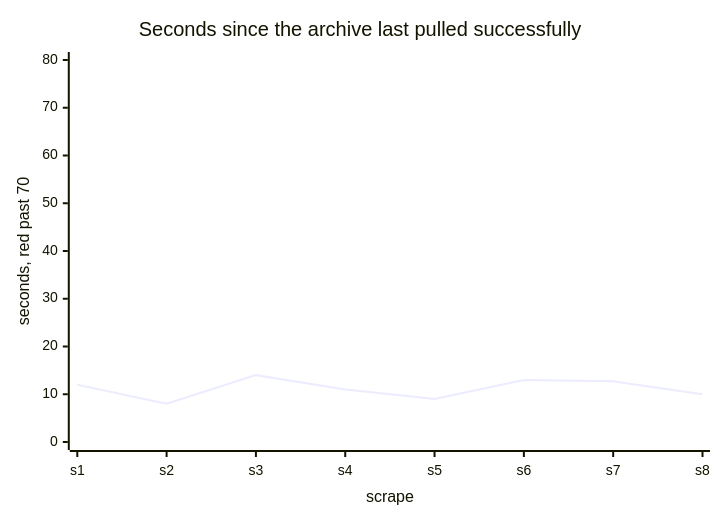
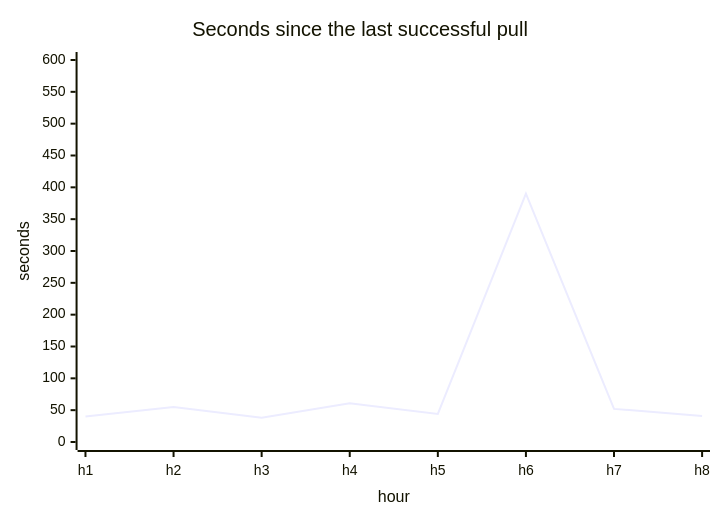
The second of 7 diagrams in docs/ongoing/metrics-dashboards/health.md (dfinity/internet-identity), drawn with Mermaid before and after one commit. The commit also changed other lines of this file and 6 other files, not shown here.

````diff
--- a/docs/ongoing/metrics-dashboards/health.md
+++ b/docs/ongoing/metrics-dashboards/health.md
@@ -27,7 +47,7 @@
 ```mermaid
 xychart-beta
-  title "Seconds since the archive last pulled successfully"
-  x-axis "scrape" [s1, s2, s3, s4, s5, s6, s7, s8]
-  y-axis "seconds, red past 70" 0 --> 80
-  line [12, 8, 14, 11, 9, 13, 12.7, 10]
+  title "Seconds since the last successful pull"
+  x-axis "hour" [h1, h2, h3, h4, h5, h6, h7, h8]
+  y-axis "seconds" 0 --> 600
+  line [40, 55, 38, 61, 44, 390, 52, 41]
 ```
````
